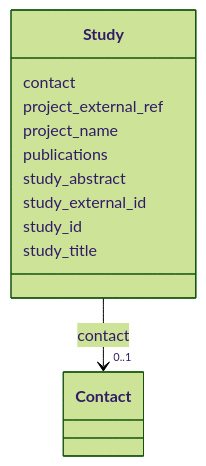
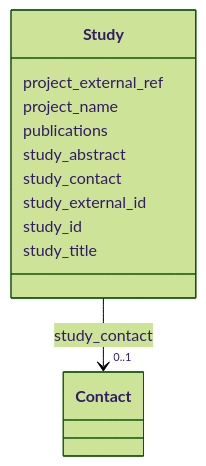
One commit to fairtracks/fga-wg changed the diagram in docs/Study.md. Above: the diagram before and after it, drawn with Mermaid (forest theme). The commit also changed other lines of this file and 37 other files, not shown here.

````diff
--- a/docs/Study.md
+++ b/docs/Study.md
@@ -23,31 +23,31 @@
 ```mermaid
  classDiagram
     class Study
     click Study href "../Study/"
-      Study : contact
-        
-          
-    
-        
-        
-        Study --> "0..1" Contact : contact
-        click Contact href "../Contact/"
-    
-
-        
       Study : project_external_ref
         
       Study : project_name
         
       Study : publications
         
       Study : study_abstract
+        
+      Study : study_contact
+        
+          
+    
+        
+        
+        Study --> "0..1" Contact : study_contact
+        click Contact href "../Contact/"
+    
+
         
       Study : study_external_id
         
       Study : study_id
         
       Study : study_title
         
       
 ```
````
